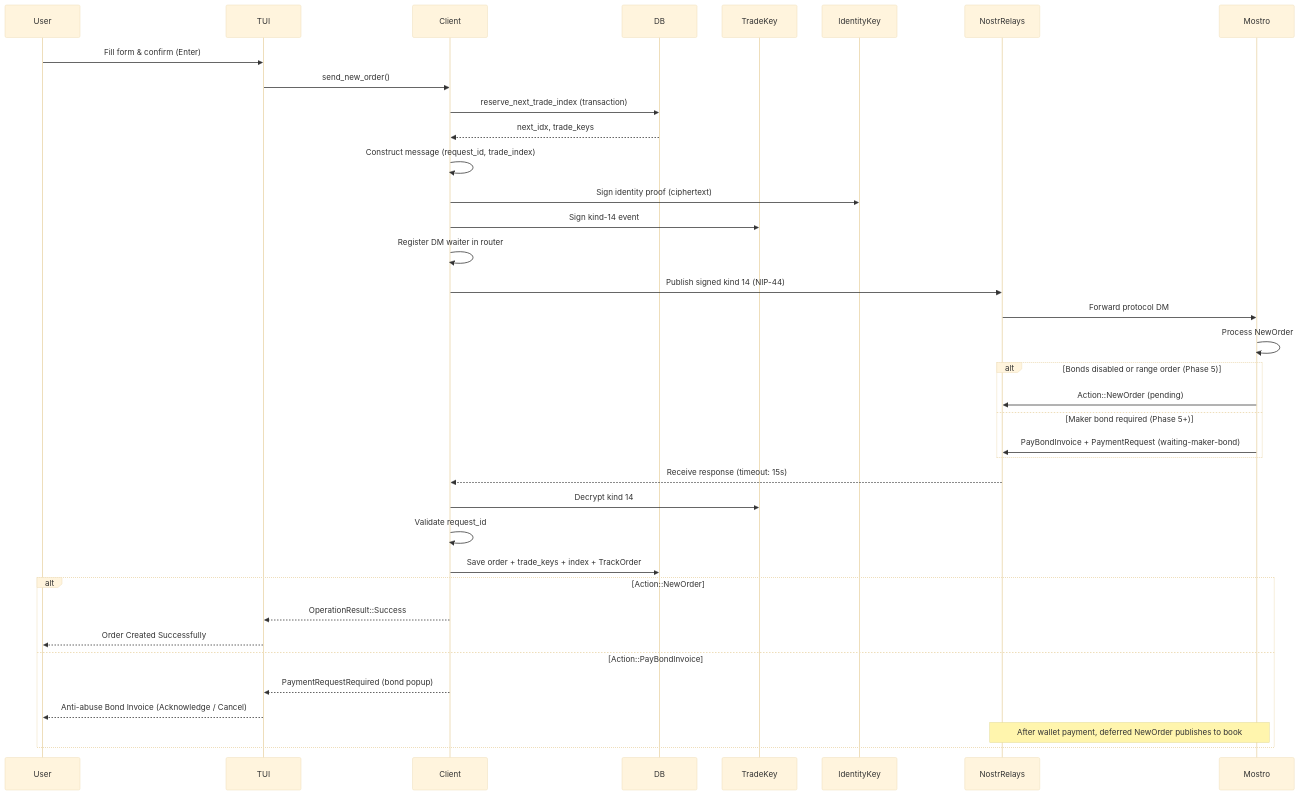
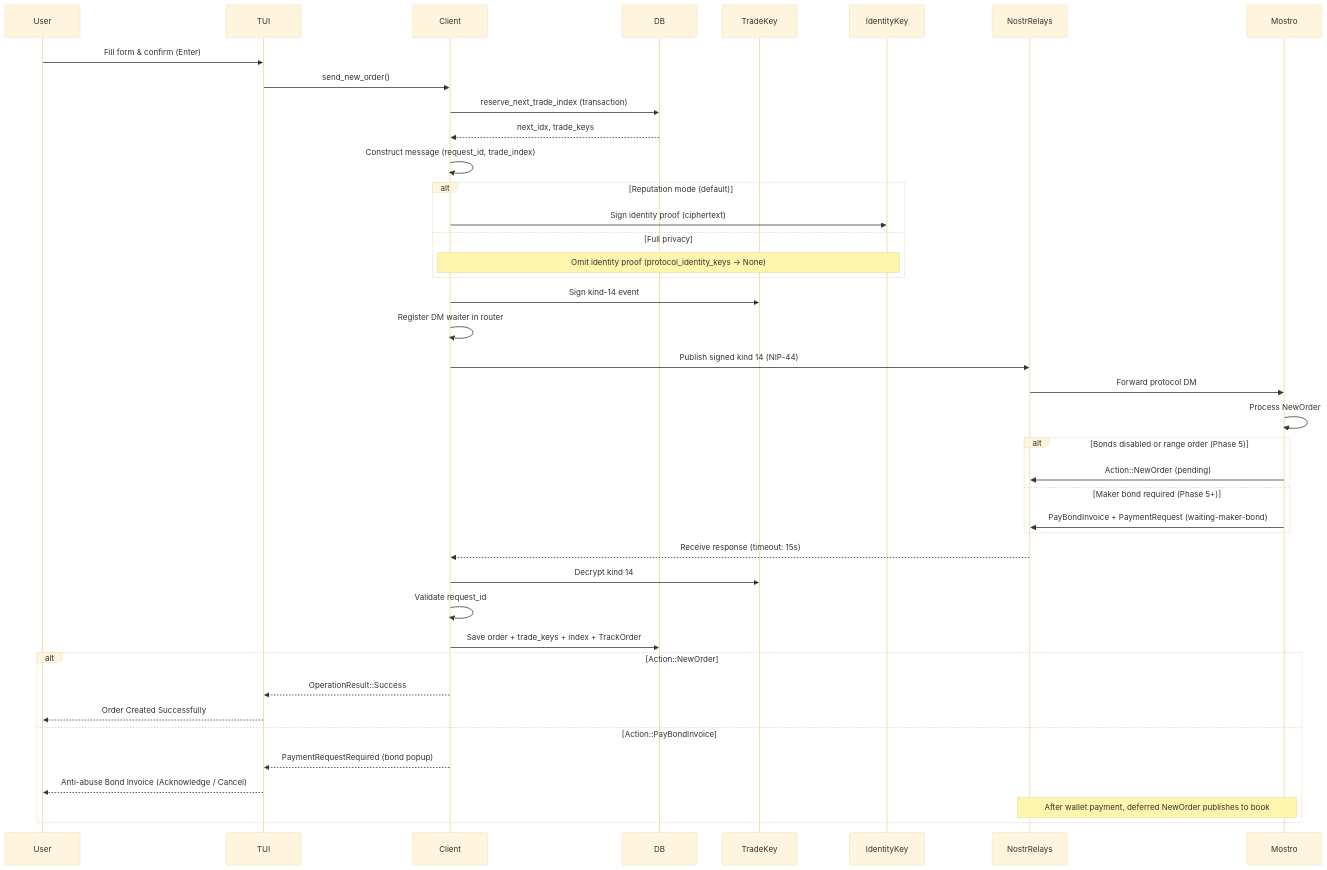
Before and after one commit to MostroP2P/mostrix: the first of 7 diagrams in docs/MESSAGE_FLOW_AND_PROTOCOL.md, drawn with Mermaid (base theme). The commit also changed other lines of this file and 12 other files, not shown here.

````diff
--- a/docs/MESSAGE_FLOW_AND_PROTOCOL.md
+++ b/docs/MESSAGE_FLOW_AND_PROTOCOL.md
@@ -48,40 +48,44 @@
 ```mermaid
 sequenceDiagram
     participant User
     participant TUI
     participant Client
     participant DB
     participant TradeKey
     participant IdentityKey
     participant NostrRelays
     participant Mostro
 
     User->>TUI: Fill form & confirm (Enter)
     TUI->>Client: send_new_order()
     Client->>DB: reserve_next_trade_index (transaction)
     DB-->>Client: next_idx, trade_keys
     Client->>Client: Construct message (request_id, trade_index)
-    Client->>IdentityKey: Sign identity proof (ciphertext)
+    alt Reputation mode (default)
+        Client->>IdentityKey: Sign identity proof (ciphertext)
+    else Full privacy
+        Note over Client,IdentityKey: Omit identity proof (protocol_identity_keys → None)
+    end
     Client->>TradeKey: Sign kind-14 event
     Client->>Client: Register DM waiter in router
     Client->>NostrRelays: Publish signed kind 14 (NIP-44)
     NostrRelays->>Mostro: Forward protocol DM
     Mostro->>Mostro: Process NewOrder
     alt Bonds disabled or range order (Phase 5)
         Mostro->>NostrRelays: Action::NewOrder (pending)
     else Maker bond required (Phase 5+)
         Mostro->>NostrRelays: PayBondInvoice + PaymentRequest (waiting-maker-bond)
     end
     NostrRelays-->>Client: Receive response (timeout: 15s)
     Client->>TradeKey: Decrypt kind 14
     Client->>Client: Validate request_id
     Client->>DB: Save order + trade_keys + index + TrackOrder
     alt Action::NewOrder
         Client-->>TUI: OperationResult::Success
         TUI-->>User: Order Created Successfully
     else Action::PayBondInvoice
         Client-->>TUI: PaymentRequestRequired (bond popup)
         TUI-->>User: Anti-abuse Bond Invoice (Acknowledge / Cancel)
         Note over Mostro,NostrRelays: After wallet payment, deferred NewOrder publishes to book
     end
 ```
````
